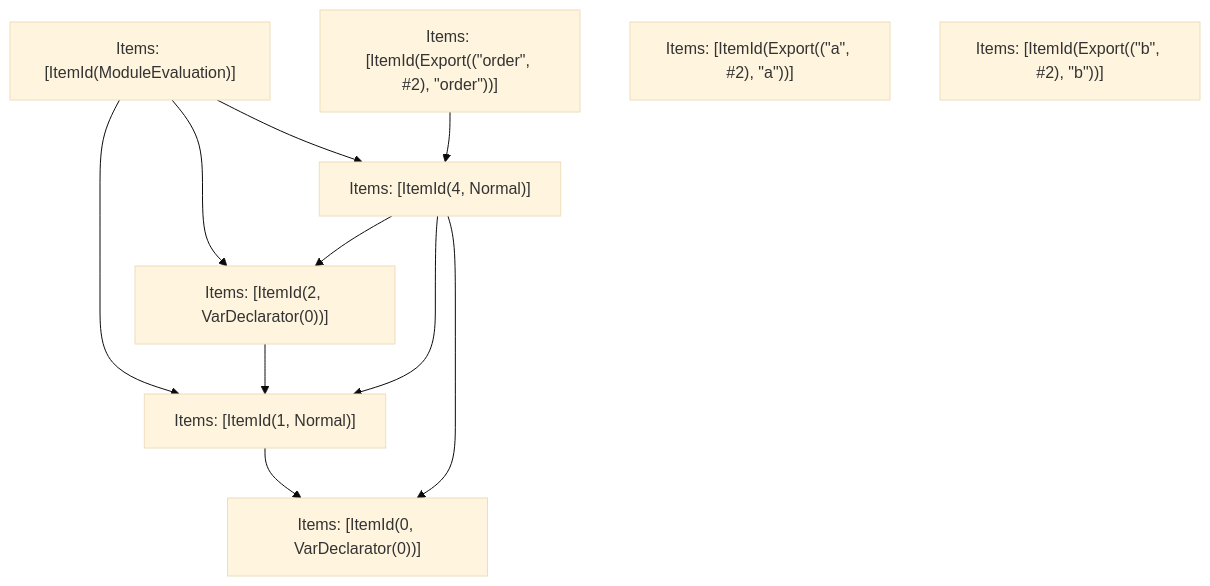
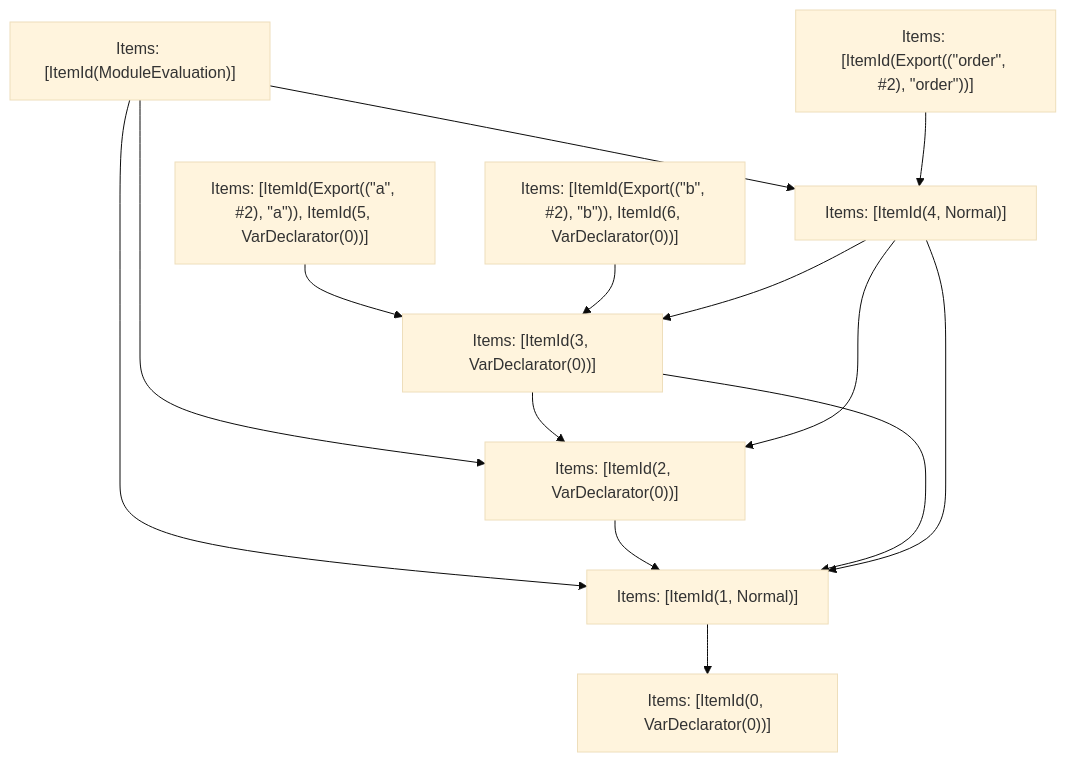
One commit to vercel/turborepo changed the fifth of 5 diagrams in crates/turbopack-ecmascript/tests/tree-shaker/analyzer/shared-2/output.md. Above: the diagram before and after it, drawn with Mermaid (base theme). The commit also changed other lines of this file and 20 other files, not shown here.

````diff
--- a/crates/turbopack-ecmascript/tests/tree-shaker/analyzer/shared-2/output.md
+++ b/crates/turbopack-ecmascript/tests/tree-shaker/analyzer/shared-2/output.md
@@ -216,20 +200,25 @@
 ```mermaid
 graph TD
     N0["Items: [ItemId(ModuleEvaluation)]"];
     N1["Items: [ItemId(Export((&quot;order&quot;, #2), &quot;order&quot;))]"];
-    N2["Items: [ItemId(Export((&quot;a&quot;, #2), &quot;a&quot;))]"];
-    N3["Items: [ItemId(Export((&quot;b&quot;, #2), &quot;b&quot;))]"];
+    N2["Items: [ItemId(Export((&quot;a&quot;, #2), &quot;a&quot;)), ItemId(5, VarDeclarator(0))]"];
+    N3["Items: [ItemId(Export((&quot;b&quot;, #2), &quot;b&quot;)), ItemId(6, VarDeclarator(0))]"];
     N4["Items: [ItemId(0, VarDeclarator(0))]"];
     N5["Items: [ItemId(1, Normal)]"];
     N6["Items: [ItemId(2, VarDeclarator(0))]"];
-    N7["Items: [ItemId(4, Normal)]"];
+    N7["Items: [ItemId(3, VarDeclarator(0))]"];
+    N8["Items: [ItemId(4, Normal)]"];
     N0 --> N5;
     N0 --> N6;
-    N0 --> N7;
-    N1 --> N7;
+    N0 --> N8;
+    N1 --> N8;
+    N2 --> N7;
+    N3 --> N7;
     N5 --> N4;
     N6 --> N5;
-    N7 --> N4;
+    N7 --> N6;
     N7 --> N5;
-    N7 --> N6;
+    N8 --> N7;
+    N8 --> N5;
+    N8 --> N6;
 ```
````
